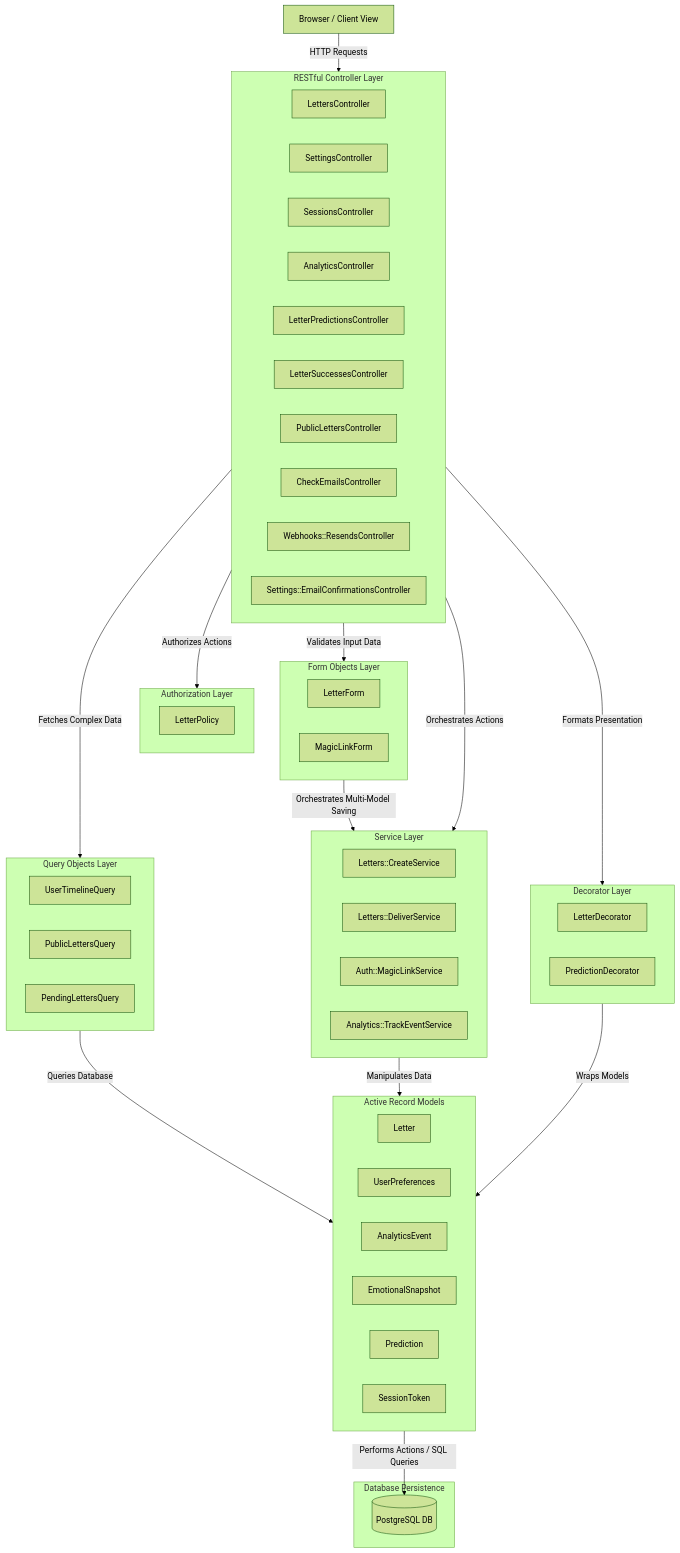
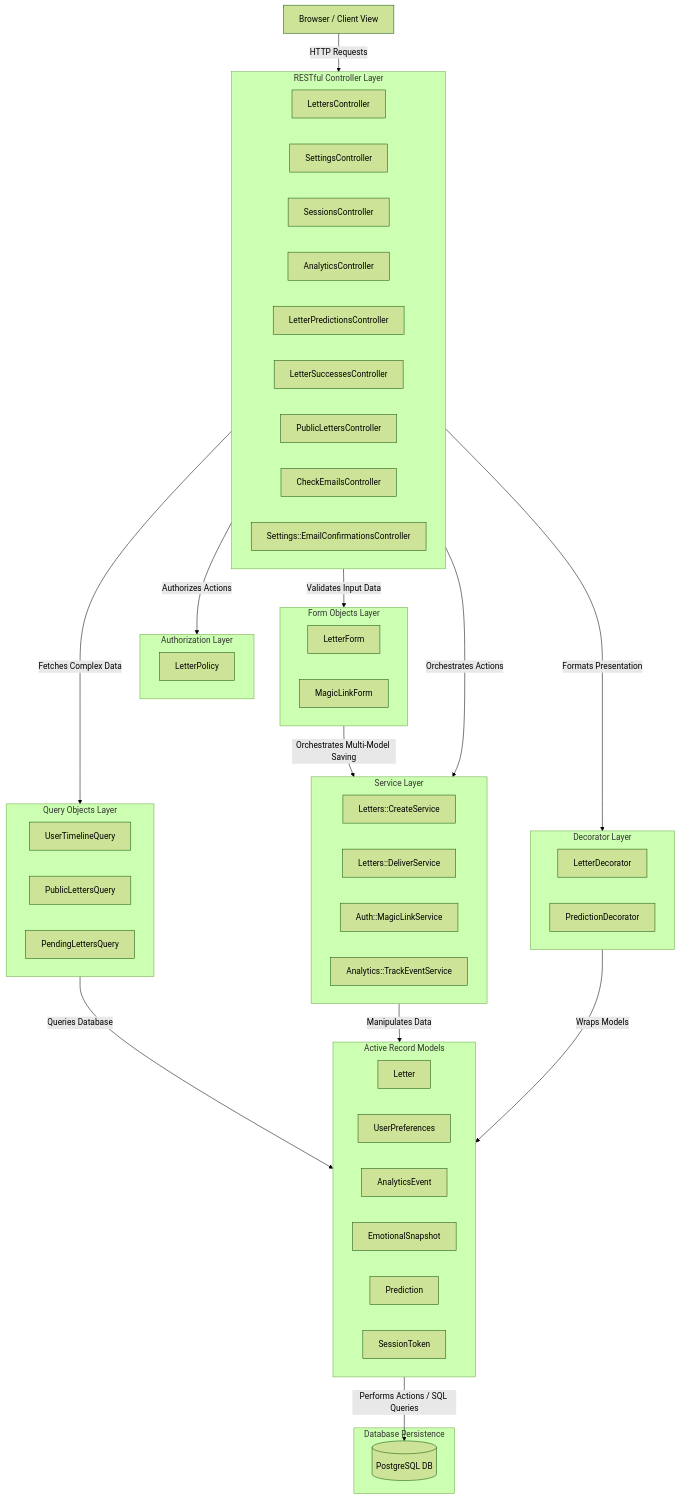
One commit to nmenag/time_echo changed the first of 6 diagrams in docs/architecture.md. Above: the diagram before and after it, drawn with Mermaid (forest theme). The commit also changed other lines of this file and 42 other files, not shown here.

````diff
--- a/docs/architecture.md
+++ b/docs/architecture.md
@@ -13,69 +13,68 @@
 ```mermaid
 graph TD
     Client[Browser / Client View]
     
     subgraph Controllers [RESTful Controller Layer]
         LC[LettersController]
         SC[SettingsController]
         SessC[SessionsController]
         AC[AnalyticsController]
         LPC[LetterPredictionsController]
         LSC[LetterSuccessesController]
         PLC[PublicLettersController]
         CEC[CheckEmailsController]
-        WRC[Webhooks::ResendsController]
         SEC[Settings::EmailConfirmationsController]
     end
 
     subgraph Decorators [Decorator Layer]
         LD[LetterDecorator]
         PD[PredictionDecorator]
     end
 
     subgraph Policies [Authorization Layer]
         LP[LetterPolicy]
     end
 
     subgraph Forms [Form Objects Layer]
         LF[LetterForm]
         MLF[MagicLinkForm]
     end
 
     subgraph Services [Service Layer]
         CS[Letters::CreateService]
         DS[Letters::DeliverService]
         MLS[Auth::MagicLinkService]
         TES[Analytics::TrackEventService]
     end
 
     subgraph Queries [Query Objects Layer]
         UTQ[UserTimelineQuery]
         PLQ[PublicLettersQuery]
         PLQ2[PendingLettersQuery]
     end
 
     subgraph Models [Active Record Models]
         Let[Letter]
         Pref[UserPreferences]
         Evt[AnalyticsEvent]
         Snap[EmotionalSnapshot]
         Pred[Prediction]
         Tok[SessionToken]
     end
 
     subgraph Database [Database Persistence]
         PG[(PostgreSQL DB)]
     end
 
     Client -->|HTTP Requests| Controllers
     Controllers -->|Authorizes Actions| Policies
     Controllers -->|Validates Input Data| Forms
     Forms -->|Orchestrates Multi-Model Saving| Services
     Controllers -->|Orchestrates Actions| Services
     Controllers -->|Fetches Complex Data| Queries
     Queries -->|Queries Database| Models
     Services -->|Manipulates Data| Models
     Controllers -->|Formats Presentation| Decorators
     Decorators -->|Wraps Models| Models
     Models -->|Performs Actions / SQL Queries| PG
 ```
````
